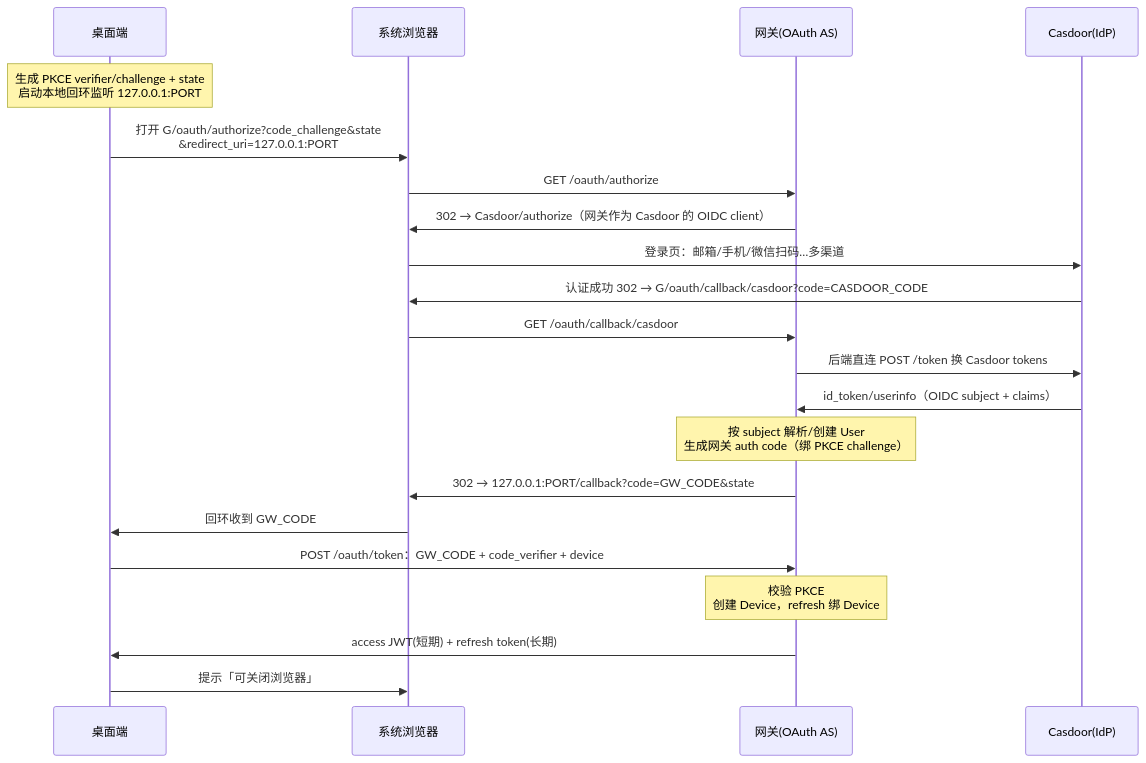
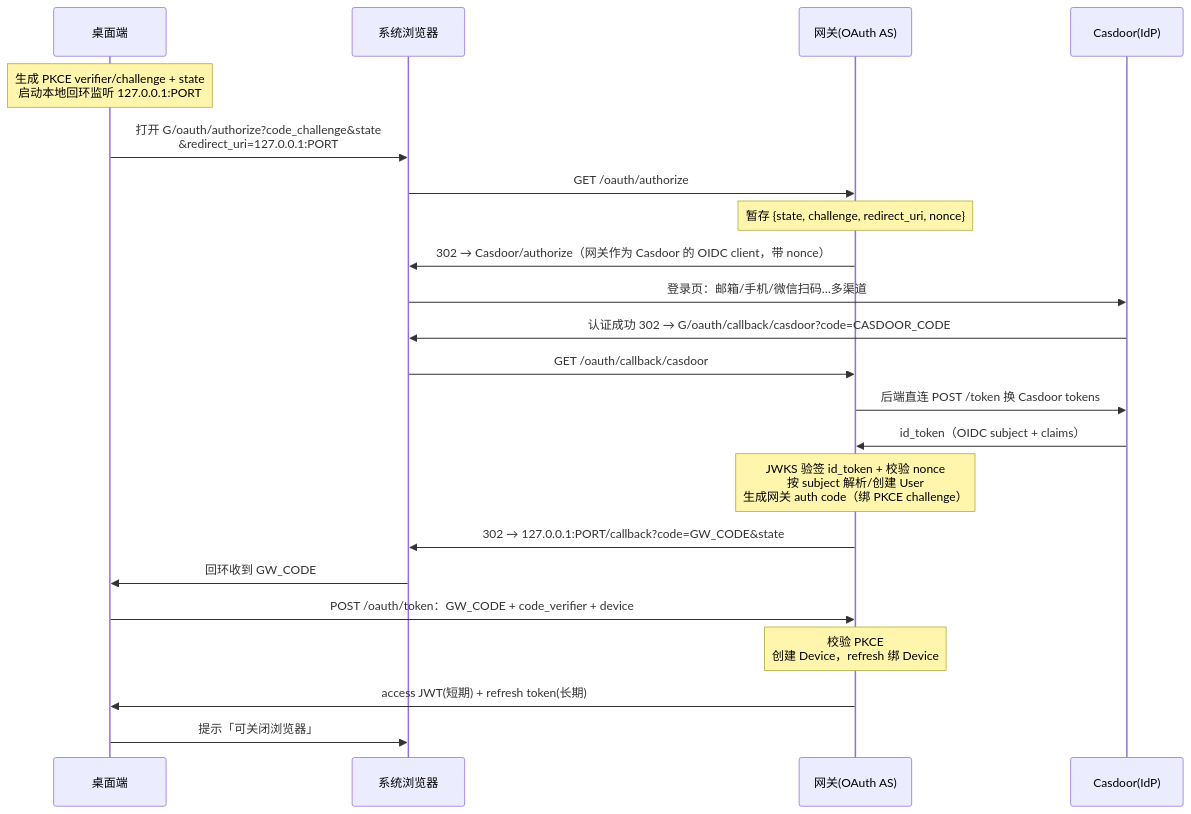
One commit to pysinsjz/vulture-gateway changed the first of 2 diagrams in docs/flows/auth.md. Above: the diagram before and after it, drawn with Mermaid. The commit also changed other lines of this file, not shown here.

Commit message:
docs: auth.md A1 补齐 nonce 步骤，与 ADR-0012 对齐
A1 时序图与散文加入网关生成 nonce、随 authorize 透传、callback 对
id_token 做 JWKS 验签并校验 nonce 的步骤；决策引用补 ADR-0012。
nonce 为网关内部生成、非桌面端入参，故参数表不变。

````diff
--- a/docs/flows/auth.md
+++ b/docs/flows/auth.md
@@ -17,24 +17,25 @@
 ```mermaid
 sequenceDiagram
     participant D as 桌面端
     participant B as 系统浏览器
     participant G as 网关(OAuth AS)
     participant C as Casdoor(IdP)
 
     Note over D: 生成 PKCE verifier/challenge + state<br/>启动本地回环监听 127.0.0.1:PORT
     D->>B: 打开 G/oauth/authorize?code_challenge&state<br/>&redirect_uri=127.0.0.1:PORT
     B->>G: GET /oauth/authorize
-    G->>B: 302 → Casdoor/authorize（网关作为 Casdoor 的 OIDC client）
+    Note over G: 暂存 {state, challenge, redirect_uri, nonce}
+    G->>B: 302 → Casdoor/authorize（网关作为 Casdoor 的 OIDC client，带 nonce）
     B->>C: 登录页：邮箱/手机/微信扫码…多渠道
     C->>B: 认证成功 302 → G/oauth/callback/casdoor?code=CASDOOR_CODE
     B->>G: GET /oauth/callback/casdoor
     G->>C: 后端直连 POST /token 换 Casdoor tokens
-    C->>G: id_token/userinfo（OIDC subject + claims）
-    Note over G: 按 subject 解析/创建 User<br/>生成网关 auth code（绑 PKCE challenge）
+    C->>G: id_token（OIDC subject + claims）
+    Note over G: JWKS 验签 id_token + 校验 nonce<br/>按 subject 解析/创建 User<br/>生成网关 auth code（绑 PKCE challenge）
     G->>B: 302 → 127.0.0.1:PORT/callback?code=GW_CODE&state
     B->>D: 回环收到 GW_CODE
     D->>G: POST /oauth/token：GW_CODE + code_verifier + device
     Note over G: 校验 PKCE<br/>创建 Device，refresh 绑 Device
     G->>D: access JWT(短期) + refresh token(长期)
     D->>B: 提示「可关闭浏览器」
 ```
````
